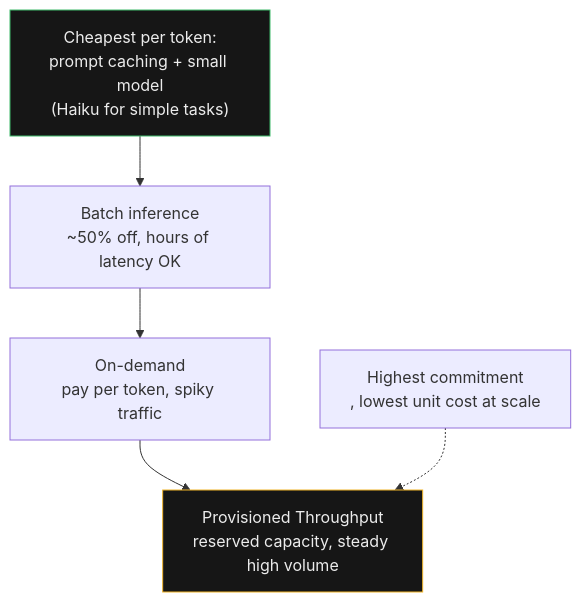
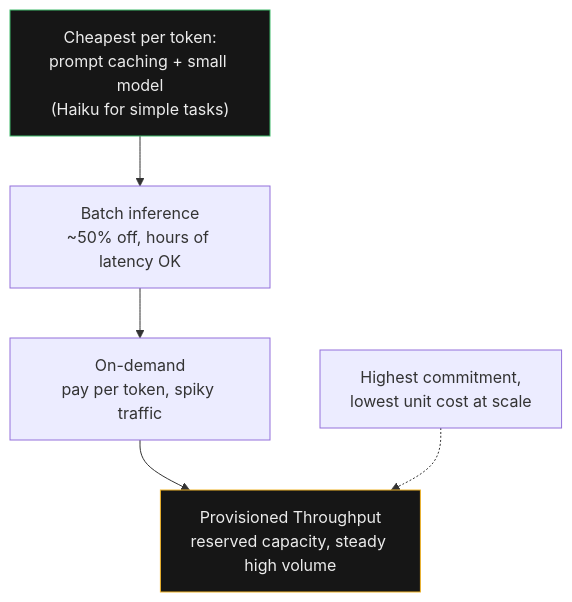
Before and after one commit to jrajath94/aws-aip-c01-study-guide: the diagram in assets/img/mermaid/05-cost-ladder.mmd, drawn with Mermaid.

Commit message:
Add mermaid diagrams

```diff
--- a/assets/img/mermaid/05-cost-ladder.mmd
+++ b/assets/img/mermaid/05-cost-ladder.mmd
@@ -1,9 +1,9 @@
 graph TB
   L1["Cheapest per token:<br/>prompt caching + small model<br/>(Haiku for simple tasks)"]
   L2["Batch inference<br/>~50% off, hours of latency OK"]
   L3["On-demand<br/>pay per token, spiky traffic"]
   L4["Provisioned Throughput<br/>reserved capacity, steady high volume"]
   L1 --> L2 --> L3 --> L4
-  N1["Highest commitment<br/>, lowest unit cost at scale"] -.-> L4
+  N1["Highest commitment,<br/>lowest unit cost at scale"] -.-> L4
   style L1 fill:#161616,stroke:#3fb96b,color:#ececec
   style L4 fill:#161616,stroke:#f0b429,color:#ececec
```
